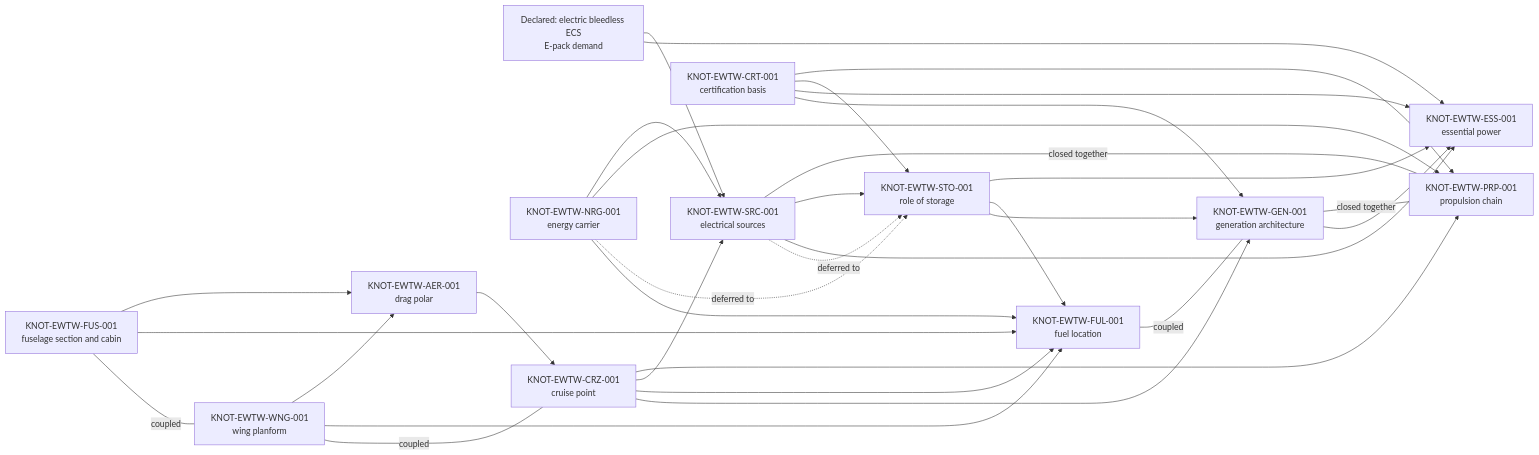
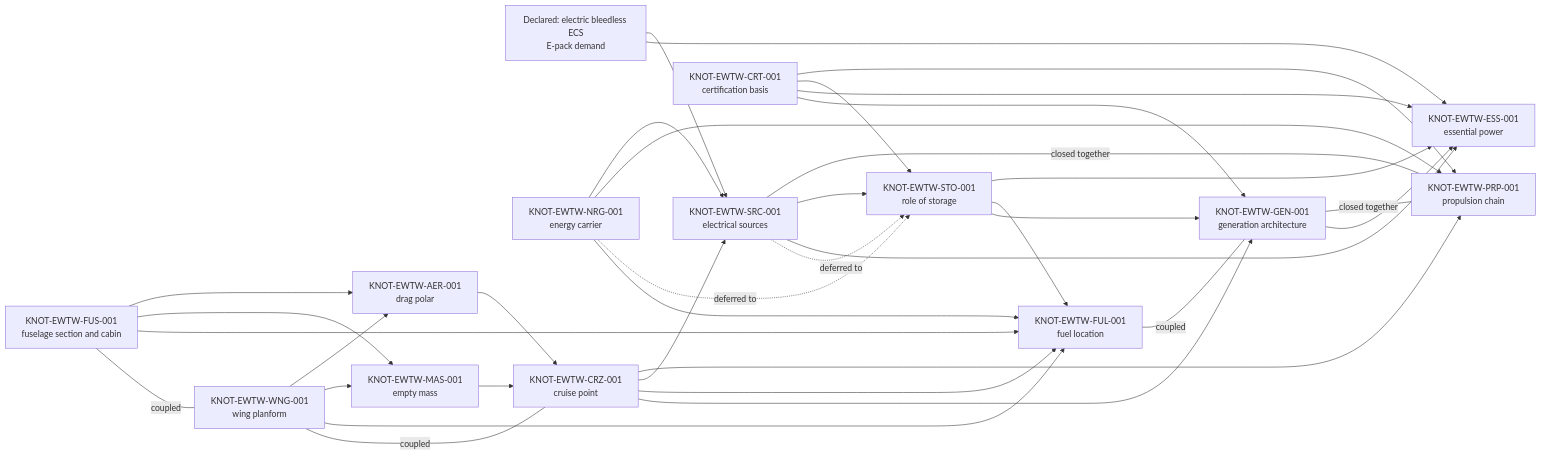
The diagram in 01_OPTIONS_ARCHITECTURE/01-02_PROGRAMMES/01-02-01_AMPEL360/01-02-01-01_MODELS/01-02-01-01-01_eWTW/README.md (AmedeoPelliccia/Q-plus-A), drawn with Mermaid before and after one commit. The commit also changed other lines of this file and 17 other files, not shown here.

````diff
--- a/01_OPTIONS_ARCHITECTURE/01-02_PROGRAMMES/01-02-01_AMPEL360/01-02-01-01_MODELS/01-02-01-01-01_eWTW/README.md
+++ b/01_OPTIONS_ARCHITECTURE/01-02_PROGRAMMES/01-02-01_AMPEL360/01-02-01-01_MODELS/01-02-01-01-01_eWTW/README.md
@@ -164,47 +165,51 @@
 ```mermaid
 flowchart LR
   EP["Declared: electric bleedless ECS<br/>E-pack demand"]
   NRG["KNOT-EWTW-NRG-001<br/>energy carrier"]
   SRC["KNOT-EWTW-SRC-001<br/>electrical sources"]
   PRP["KNOT-EWTW-PRP-001<br/>propulsion chain"]
   STO["KNOT-EWTW-STO-001<br/>role of storage"]
   ESS["KNOT-EWTW-ESS-001<br/>essential power"]
   CRZ["KNOT-EWTW-CRZ-001<br/>cruise point"]
   CRT["KNOT-EWTW-CRT-001<br/>certification basis"]
   FUL["KNOT-EWTW-FUL-001<br/>fuel location"]
   GEN["KNOT-EWTW-GEN-001<br/>generation architecture"]
   FUS["KNOT-EWTW-FUS-001<br/>fuselage section and cabin"]
   WNG["KNOT-EWTW-WNG-001<br/>wing planform"]
   AER["KNOT-EWTW-AER-001<br/>drag polar"]
+  MAS["KNOT-EWTW-MAS-001<br/>empty mass"]
   NRG --> SRC
   NRG --> PRP
   SRC ---|"closed together"| PRP
   SRC --> STO
   SRC --> ESS
   STO --> ESS
   NRG -.->|"deferred to"| STO
   SRC -.->|"deferred to"| STO
   CRZ --> PRP
   CRZ --> SRC
   CRT --> PRP
   CRT --> STO
   CRT --> ESS
   NRG --> FUL
   STO --> FUL
   CRZ --> FUL
   FUL ---|"coupled"| GEN
   FUS --> AER
   WNG --> AER
   AER --> CRZ
+  FUS --> MAS
+  WNG --> MAS
+  MAS --> CRZ
   FUS --> FUL
   WNG --> FUL
   FUS ---|"coupled"| WNG
   WNG ---|"coupled"| CRZ
   CRZ --> GEN
   CRT --> GEN
   STO --> GEN
   GEN ---|"closed together"| PRP
   GEN --> ESS
   EP --> SRC
   EP --> ESS
 ```
````
